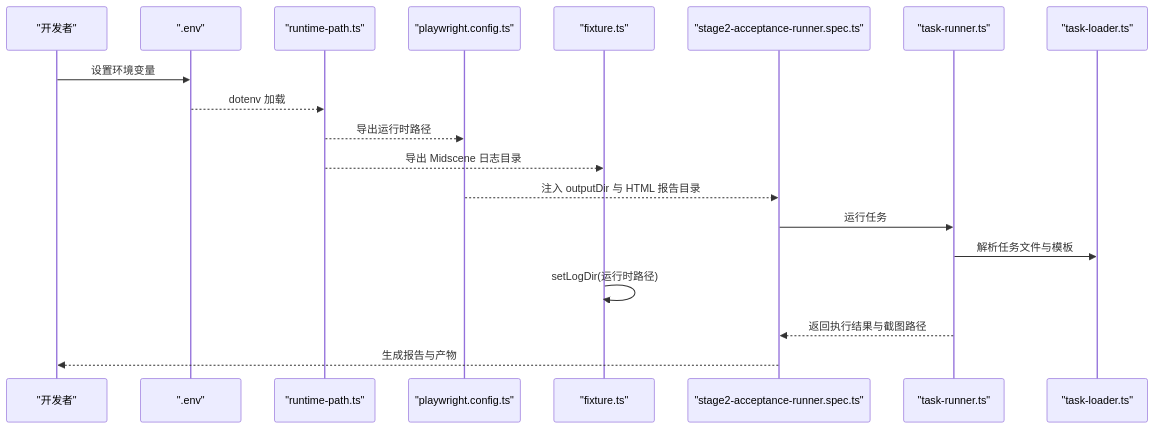
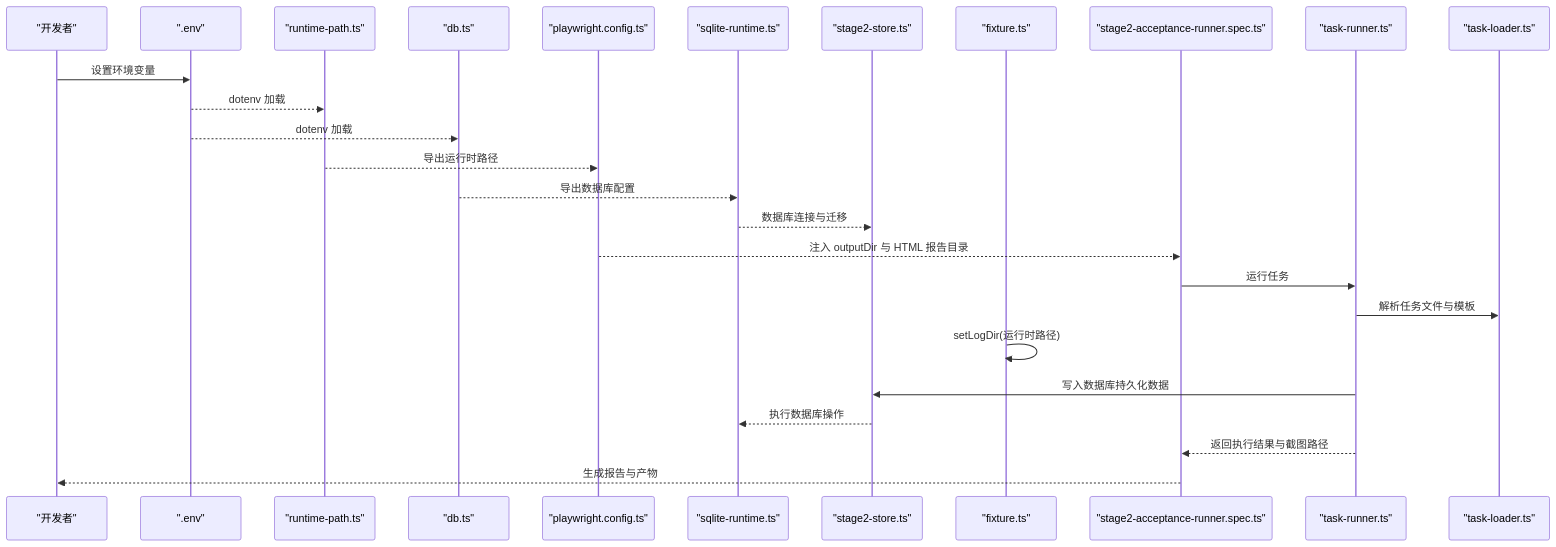
Before and after one commit to Jiane-EJ/playwright-mind: the second of 8 diagrams in .qoder/repowiki/zh/content/配置管理.md, drawn with Mermaid. The commit also changed other lines of this file and 7 other files, not shown here.

````diff
--- a/.qoder/repowiki/zh/content/配置管理.md
+++ b/.qoder/repowiki/zh/content/配置管理.md
@@ -121,21 +156,28 @@
 ```mermaid
 sequenceDiagram
 participant Dev as "开发者"
 participant Env as ".env"
 participant RPT as "runtime-path.ts"
+participant DBCFG as "db.ts"
 participant PWC as "playwright.config.ts"
+participant SqlRun as "sqlite-runtime.ts"
+participant Store as "stage2-store.ts"
 participant Fix as "fixture.ts"
 participant Spec as "stage2-acceptance-runner.spec.ts"
 participant TR as "task-runner.ts"
 participant TL as "task-loader.ts"
 Dev->>Env : 设置环境变量
 Env-->>RPT : dotenv 加载
+Env-->>DBCFG : dotenv 加载
 RPT-->>PWC : 导出运行时路径
-RPT-->>Fix : 导出 Midscene 日志目录
+DBCFG-->>SqlRun : 导出数据库配置
+SqlRun-->>Store : 数据库连接与迁移
 PWC-->>Spec : 注入 outputDir 与 HTML 报告目录
 Spec->>TR : 运行任务
 TR->>TL : 解析任务文件与模板
 Fix->>Fix : setLogDir(运行时路径)
+TR->>Store : 写入数据库持久化数据
+Store-->>SqlRun : 执行数据库操作
 TR-->>Spec : 返回执行结果与截图路径
 Spec-->>Dev : 生成报告与产物
 ```
````
